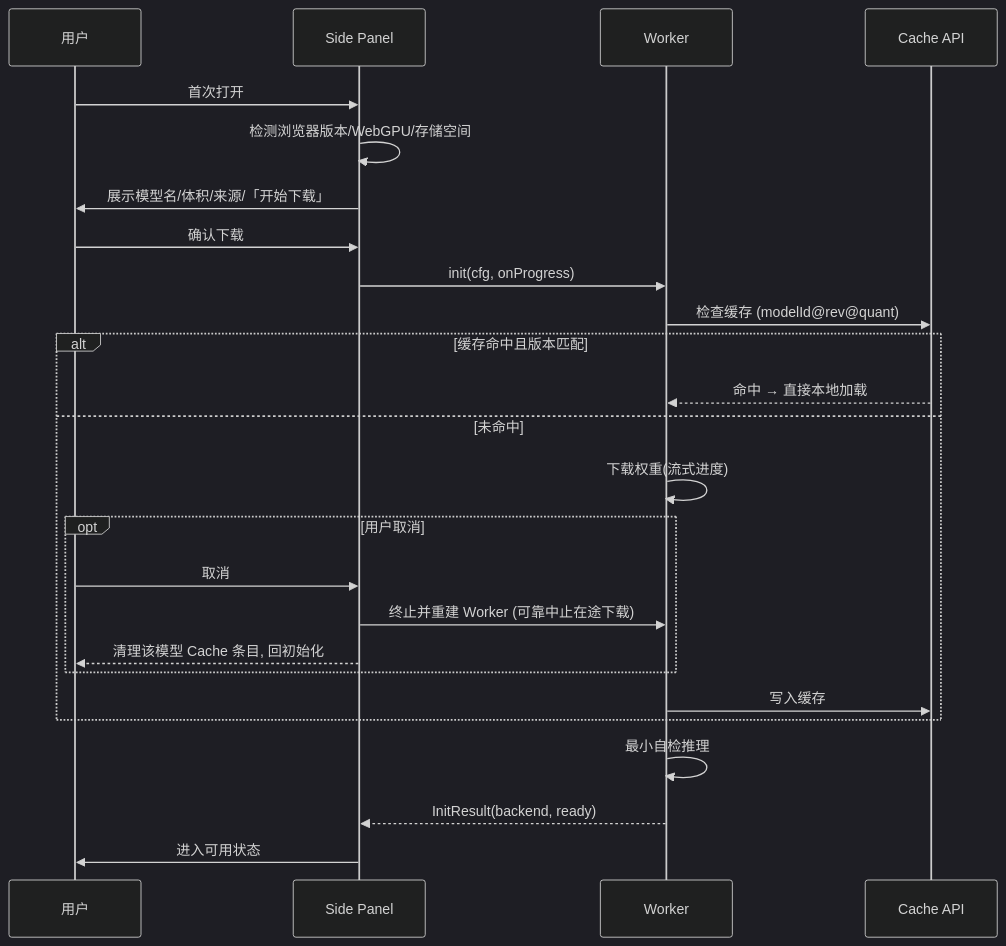
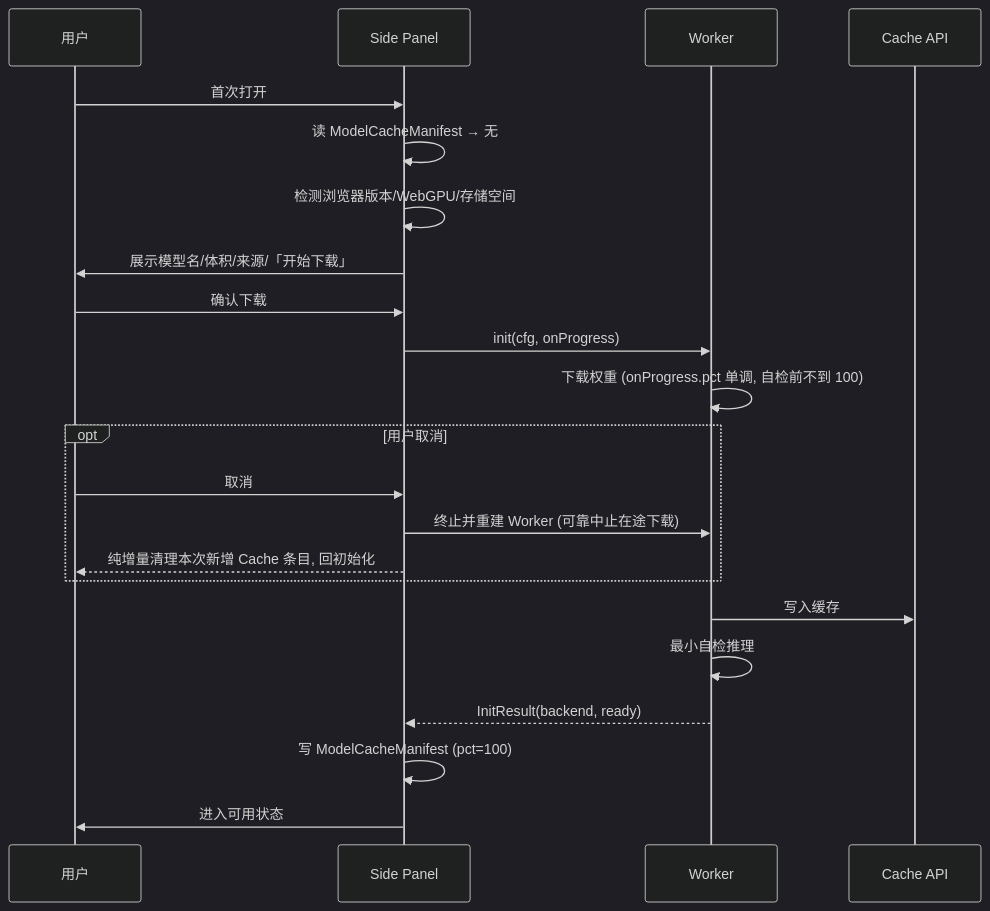
Before and after one commit to Mr-CG-end/wisp-ai-copilot: the first of 4 diagrams in docs/Wisp_设计文档.md, drawn with Mermaid (dark theme). The commit also changed other lines of this file and 1 other file, not shown here.

````diff
--- a/docs/Wisp_设计文档.md
+++ b/docs/Wisp_设计文档.md
@@ -434,27 +577,24 @@
 ```mermaid
 sequenceDiagram
     participant U as 用户
     participant SP as Side Panel
     participant W as Worker
     participant C as Cache API
     U->>SP: 首次打开
+    SP->>SP: 读 ModelCacheManifest → 无
     SP->>SP: 检测浏览器版本/WebGPU/存储空间
     SP->>U: 展示模型名/体积/来源/「开始下载」
     U->>SP: 确认下载
     SP->>W: init(cfg, onProgress)
-    W->>C: 检查缓存 (modelId@rev@quant)
-    alt 缓存命中且版本匹配
-        C-->>W: 命中 → 直接本地加载
-    else 未命中
-        W->>W: 下载权重(流式进度)
-        opt 用户取消
-            U->>SP: 取消
-            SP->>W: 终止并重建 Worker (可靠中止在途下载)
-            SP-->>U: 清理该模型 Cache 条目, 回初始化
-        end
-        W->>C: 写入缓存
+    W->>W: 下载权重 (onProgress.pct 单调, 自检前不到 100)
+    opt 用户取消
+        U->>SP: 取消
+        SP->>W: 终止并重建 Worker (可靠中止在途下载)
+        SP-->>U: 纯增量清理本次新增 Cache 条目, 回初始化
     end
+    W->>C: 写入缓存
     W->>W: 最小自检推理
     W-->>SP: InitResult(backend, ready)
+    SP->>SP: 写 ModelCacheManifest (pct=100)
     SP->>U: 进入可用状态
 ```
````
